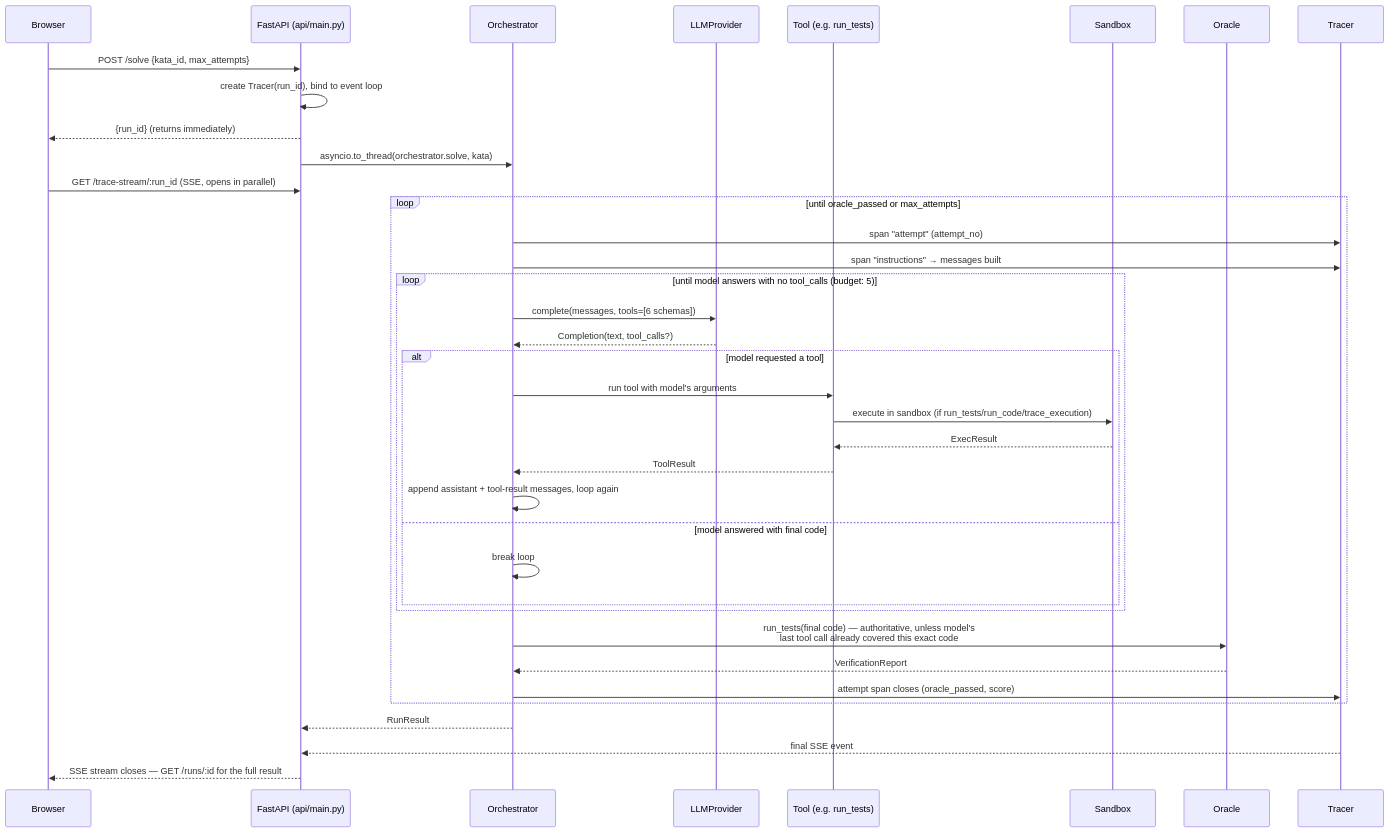
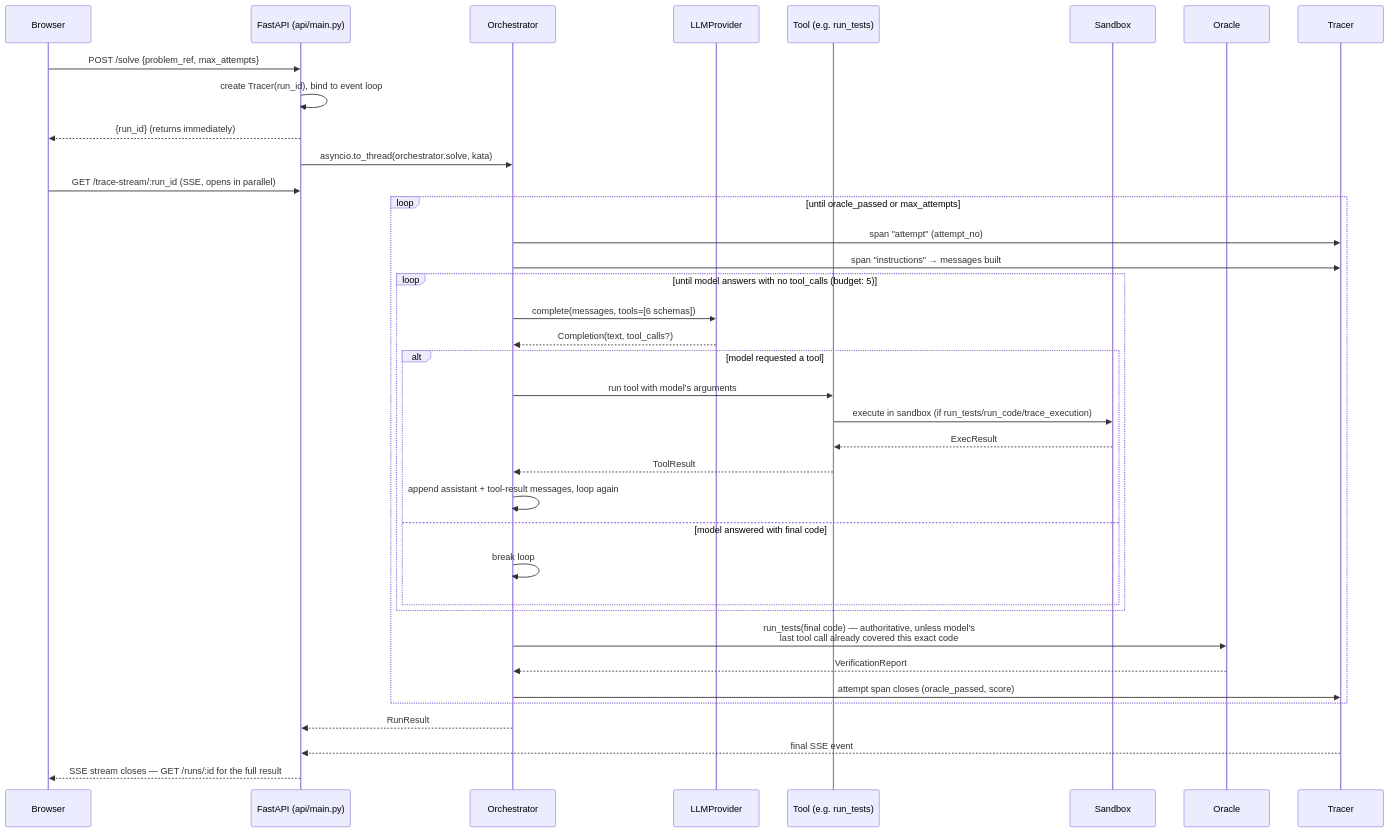
The third of 3 diagrams in README.md (ksksingh022/glassbox), drawn with Mermaid before and after one commit. The commit also changed other lines of this file and 38 other files, not shown here.

````diff
--- a/README.md
+++ b/README.md
@@ -92,42 +121,42 @@
 ```mermaid
 sequenceDiagram
     participant B as Browser
     participant A as FastAPI (api/main.py)
     participant O as Orchestrator
     participant P as LLMProvider
     participant T as Tool (e.g. run_tests)
     participant S as Sandbox
     participant Or as Oracle
     participant Tr as Tracer
 
-    B->>A: POST /solve {kata_id, max_attempts}
+    B->>A: POST /solve {problem_ref, max_attempts}
     A->>A: create Tracer(run_id), bind to event loop
     A-->>B: {run_id}  (returns immediately)
     A->>O: asyncio.to_thread(orchestrator.solve, kata)
     B->>A: GET /trace-stream/:run_id (SSE, opens in parallel)
 
     loop until oracle_passed or max_attempts
         O->>Tr: span "attempt" (attempt_no)
         O->>Tr: span "instructions" → messages built
         loop until model answers with no tool_calls (budget: 5)
             O->>P: complete(messages, tools=[6 schemas])
             P-->>O: Completion(text, tool_calls?)
             alt model requested a tool
                 O->>T: run tool with model's arguments
                 T->>S: execute in sandbox (if run_tests/run_code/trace_execution)
                 S-->>T: ExecResult
                 T-->>O: ToolResult
                 O->>O: append assistant + tool-result messages, loop again
             else model answered with final code
                 O->>O: break loop
             end
         end
         O->>Or: run_tests(final code) — authoritative, unless model's<br/>last tool call already covered this exact code
         Or-->>O: VerificationReport
         O->>Tr: attempt span closes (oracle_passed, score)
     end
 
     O-->>A: RunResult
     Tr-->>A: final SSE event
     A-->>B: SSE stream closes — GET /runs/:id for the full result
 ```
````
